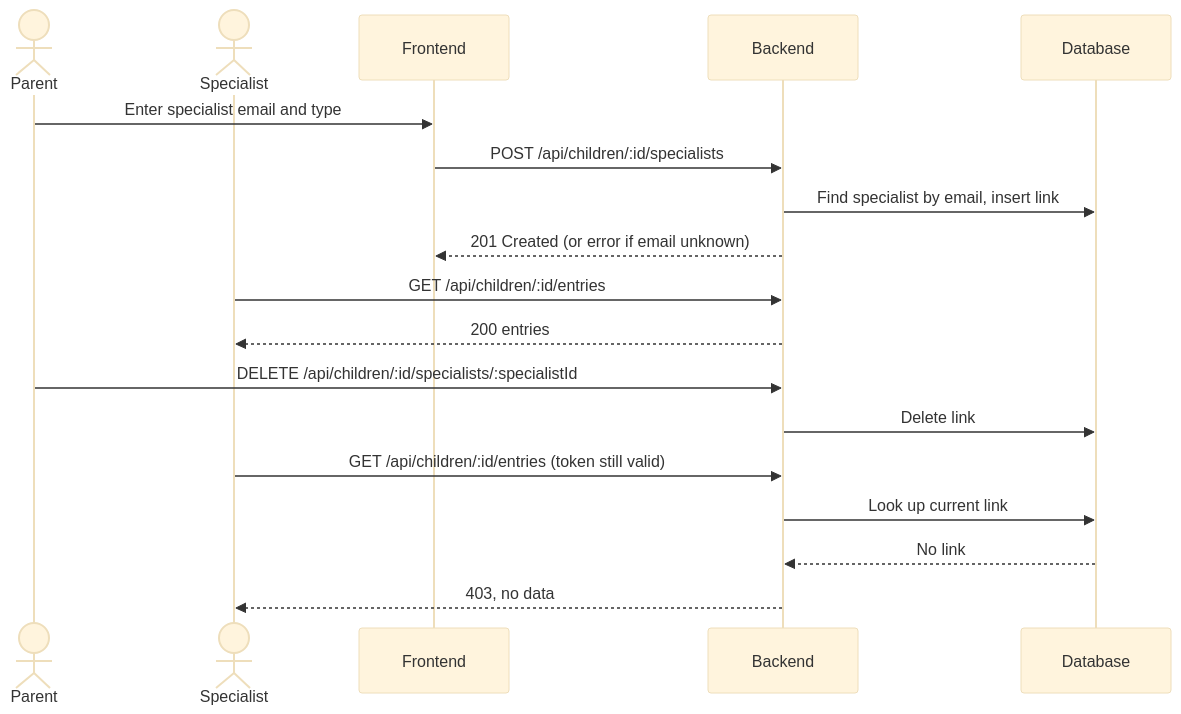
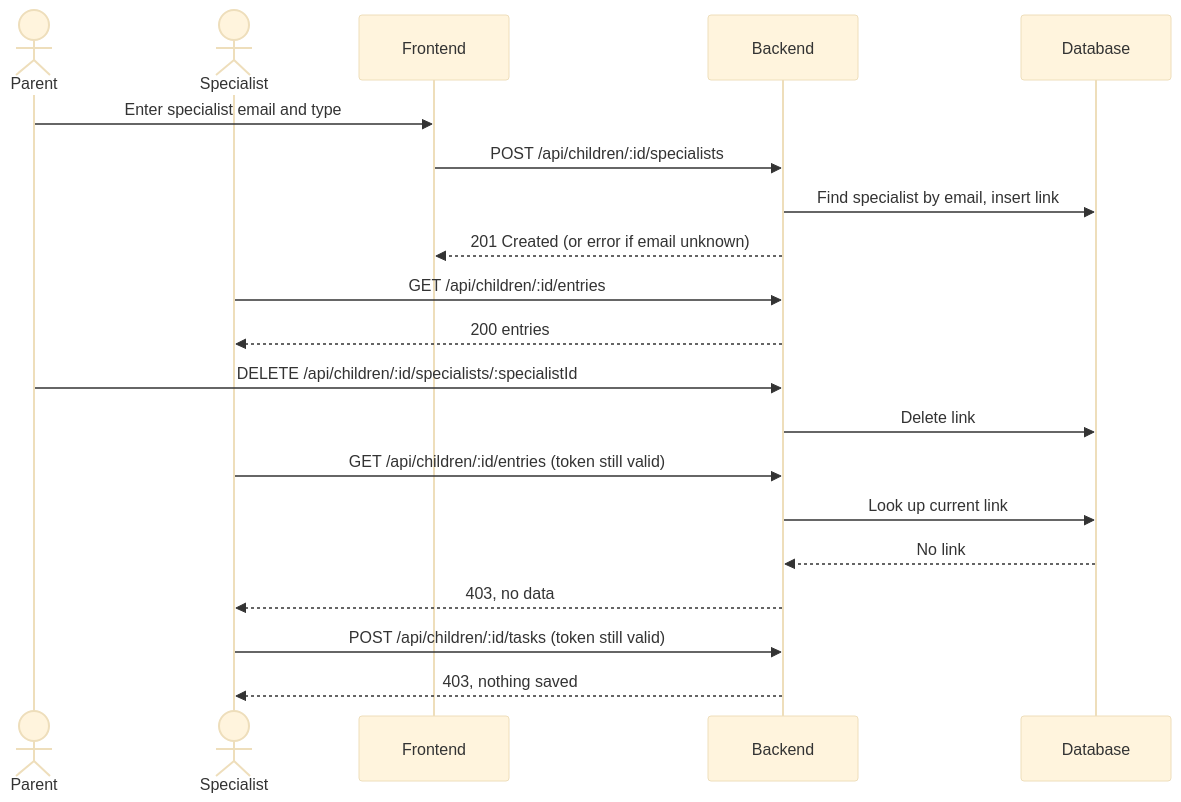
One commit to Alsoren/child-development-platform changed the sixth of 7 diagrams in docs/SDD.md. Above: the diagram before and after it, drawn with Mermaid (base theme). The commit also changed other lines of this file, not shown here.

Commit message:
SCRUM-36 finalize SDD: align with code, schema and API status

````diff
--- a/docs/SDD.md
+++ b/docs/SDD.md
@@ -274,17 +309,19 @@
 ```mermaid
 sequenceDiagram
     actor Parent
     actor Specialist
     Parent->>Frontend: Enter specialist email and type
     Frontend->>Backend: POST /api/children/:id/specialists
     Backend->>Database: Find specialist by email, insert link
     Backend-->>Frontend: 201 Created (or error if email unknown)
     Specialist->>Backend: GET /api/children/:id/entries
     Backend-->>Specialist: 200 entries
     Parent->>Backend: DELETE /api/children/:id/specialists/:specialistId
     Backend->>Database: Delete link
     Specialist->>Backend: GET /api/children/:id/entries (token still valid)
     Backend->>Database: Look up current link
     Database-->>Backend: No link
     Backend-->>Specialist: 403, no data
+    Specialist->>Backend: POST /api/children/:id/tasks (token still valid)
+    Backend-->>Specialist: 403, nothing saved
 ```
````
